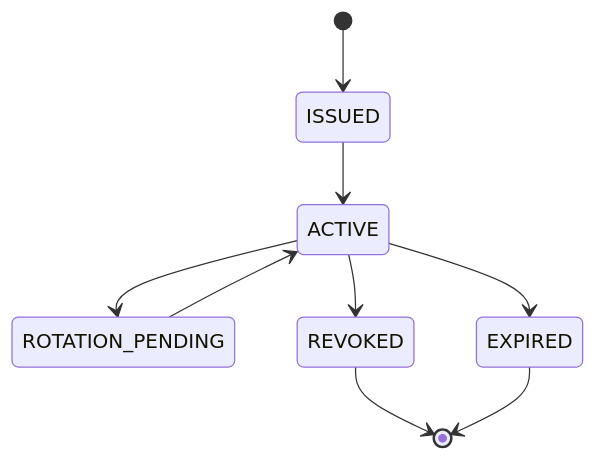
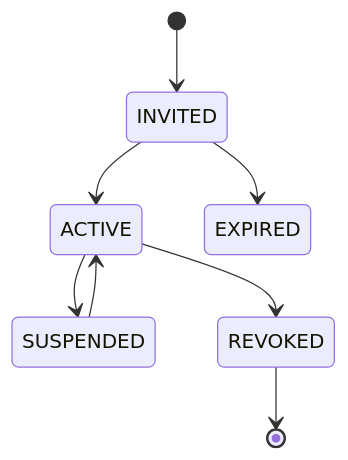
One commit to D-engahmed/OMILINKS changed the third of 3 diagrams in docs/domain/identity.md. Above: the diagram before and after it, drawn with Mermaid. The commit also changed other lines of this file and 3 other files, not shown here.

````diff
--- a/docs/domain/identity.md
+++ b/docs/domain/identity.md
@@ -131,11 +120,10 @@
-```mermaid
+~~~mermaid
 stateDiagram-v2
-    [*] --> ISSUED
-    ISSUED --> ACTIVE
-    ACTIVE --> ROTATION_PENDING
-    ROTATION_PENDING --> ACTIVE
+    [*] --> INVITED
+    INVITED --> ACTIVE
+    INVITED --> EXPIRED
+    ACTIVE --> SUSPENDED
+    SUSPENDED --> ACTIVE
     ACTIVE --> REVOKED
-    ACTIVE --> EXPIRED
     REVOKED --> [*]
-    EXPIRED --> [*]
-```
+~~~
````
